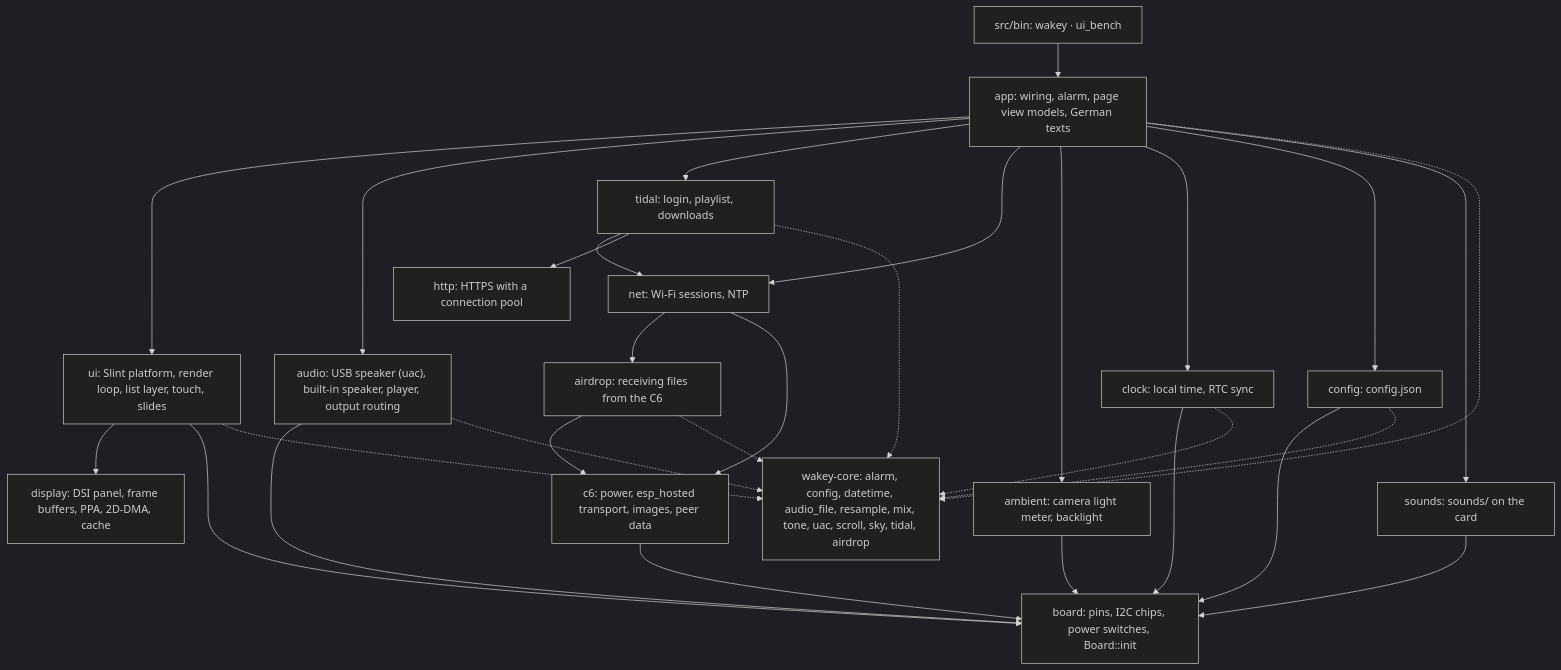
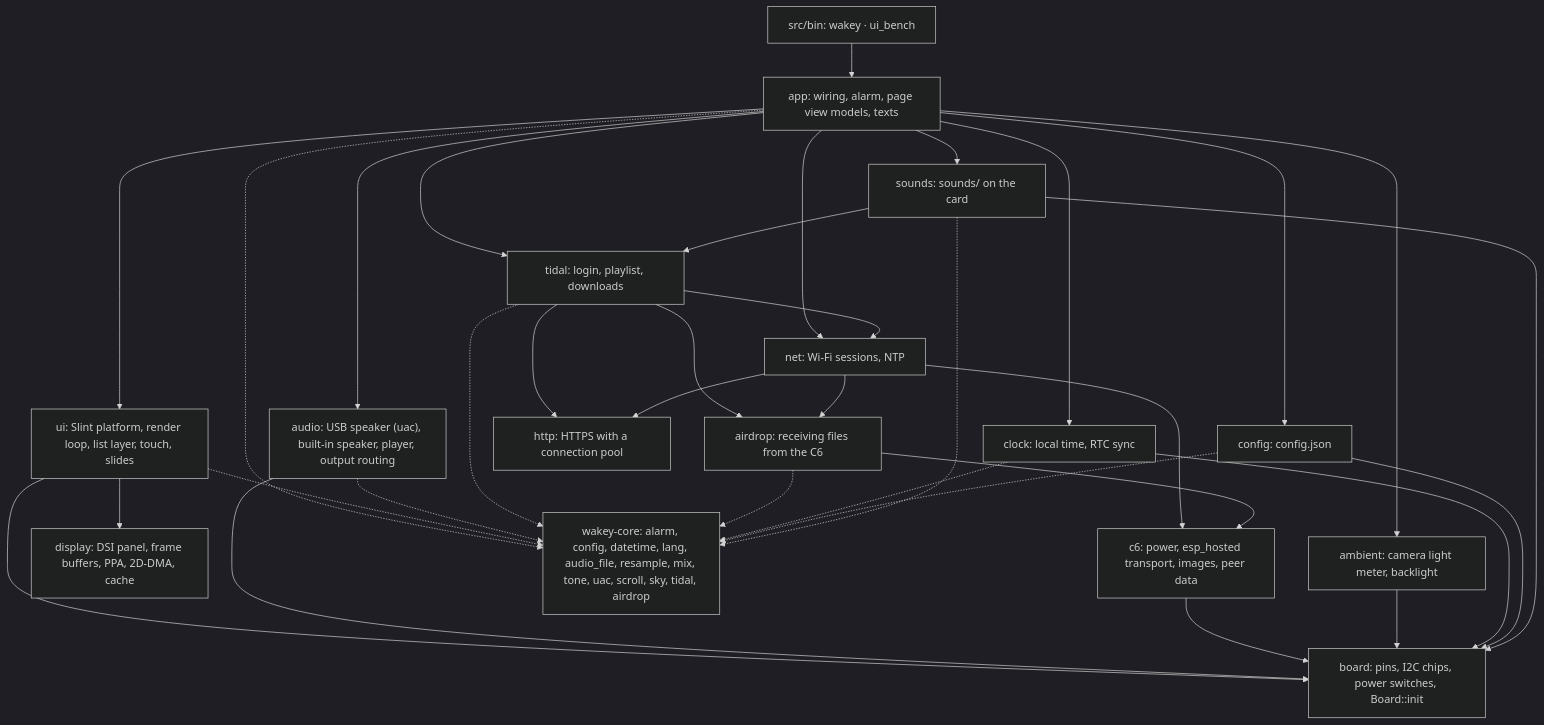
One commit to wackazong/wakey changed the first of 3 diagrams in docs/architecture.md. Above: the diagram before and after it, drawn with Mermaid (dark theme). The commit also changed other lines of this file and 13 other files, not shown here.

````diff
--- a/docs/architecture.md
+++ b/docs/architecture.md
@@ -33,19 +33,19 @@
 ```mermaid
 flowchart TD
     BIN["src/bin: wakey · ui_bench"] --> APP
-    APP["app: wiring, alarm, page view models, German texts"] --> UI & AUDIO & TIDAL & NET & AMBIENT & CLOCK & CONFIG & SOUNDS
+    APP["app: wiring, alarm, page view models, texts"] --> UI & AUDIO & TIDAL & NET & AMBIENT & CLOCK & CONFIG & SOUNDS
     UI["ui: Slint platform, render loop, list layer, touch, slides"] --> DISPLAY & BOARD
     AUDIO["audio: USB speaker (uac), built-in speaker, player, output routing"] --> BOARD
-    TIDAL["tidal: login, playlist, downloads"] --> NET & HTTP
+    TIDAL["tidal: login, playlist, downloads"] --> NET & HTTP & AIRDROP
     HTTP["http: HTTPS with a connection pool"]
-    NET["net: Wi-Fi sessions, NTP"] --> AIRDROP & C6
+    NET["net: Wi-Fi sessions, NTP"] --> AIRDROP & C6 & HTTP
     AIRDROP["airdrop: receiving files from the C6"] --> C6
     C6["c6: power, esp_hosted transport, images, peer data"] --> BOARD
     AMBIENT["ambient: camera light meter, backlight"] --> BOARD
     CLOCK["clock: local time, RTC sync"] --> BOARD
     CONFIG["config: config.json"] --> BOARD
-    SOUNDS["sounds: sounds/ on the card"] --> BOARD
+    SOUNDS["sounds: sounds/ on the card"] --> BOARD & TIDAL
     BOARD["board: pins, I2C chips, power switches, Board::init"]
     DISPLAY["display: DSI panel, frame buffers, PPA, 2D-DMA, cache"]
-    APP & UI & AUDIO & TIDAL & AIRDROP & CLOCK & CONFIG -.-> CORE["wakey-core: alarm, config, datetime, audio_file, resample, mix, tone, uac, scroll, sky, tidal, airdrop"]
+    APP & UI & AUDIO & TIDAL & AIRDROP & CLOCK & CONFIG & SOUNDS -.-> CORE["wakey-core: alarm, config, datetime, lang, audio_file, resample, mix, tone, uac, scroll, sky, tidal, airdrop"]
 ```
````
